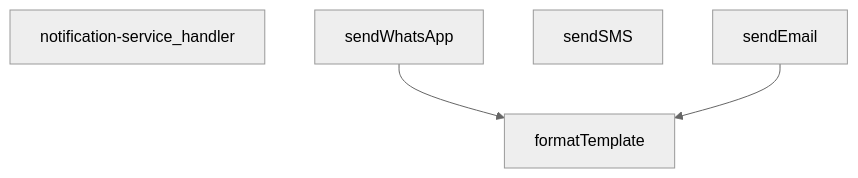
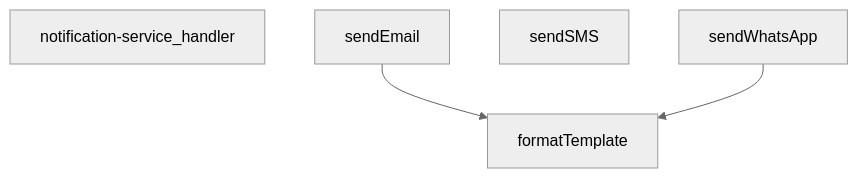
Before and after one commit to peckop/venthub-hvac-esite: the fourth of 9 diagrams in docs/supabase_functions_master.md, drawn with Mermaid (neutral theme). The commit also changed other lines of this file and 38 other files, not shown here.

Commit message:
docs(saas): compile and update database schema and edge functions master docs

````diff
--- a/docs/supabase_functions_master.md
+++ b/docs/supabase_functions_master.md
@@ -1977,10 +2492,10 @@
 ```mermaid
 graph TD
     index_ts__formatTemplate["formatTemplate"]
     index_ts__notification-service_handler["notification-service_handler"]
     index_ts__sendEmail["sendEmail"]
     index_ts__sendSMS["sendSMS"]
     index_ts__sendWhatsApp["sendWhatsApp"]
+    index_ts__sendEmail --> index_ts__formatTemplate
     index_ts__sendWhatsApp --> index_ts__formatTemplate
-    index_ts__sendEmail --> index_ts__formatTemplate
 ```
````
